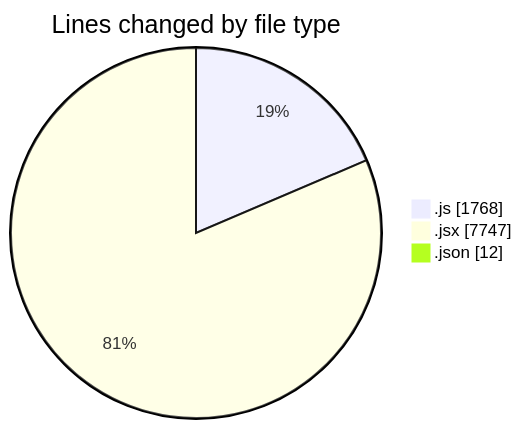
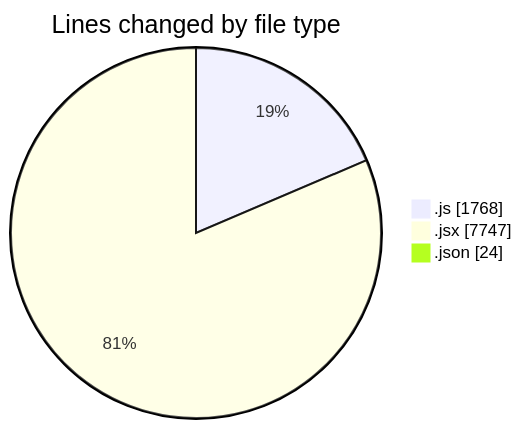
Before and after one commit to nxtqubesakshisongat/code-tracking: the first of 2 diagrams in 2025-08-05/nxtqube_webapp/README.md, drawn with Mermaid. The commit also changed other lines of this file and 1 other file, not shown here.

````diff
--- a/2025-08-05/nxtqube_webapp/README.md
+++ b/2025-08-05/nxtqube_webapp/README.md
@@ -40,7 +41,7 @@
 ```mermaid
 pie showData
 title Lines changed by file type
 ".js" : 1768
 ".jsx" : 7747
-".json" : 12
+".json" : 24
 ```
````
